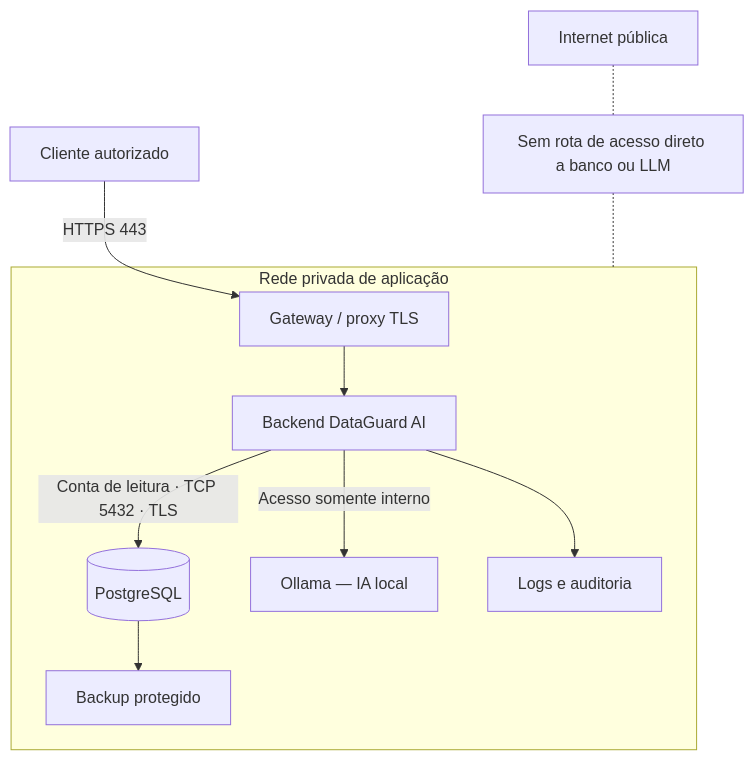
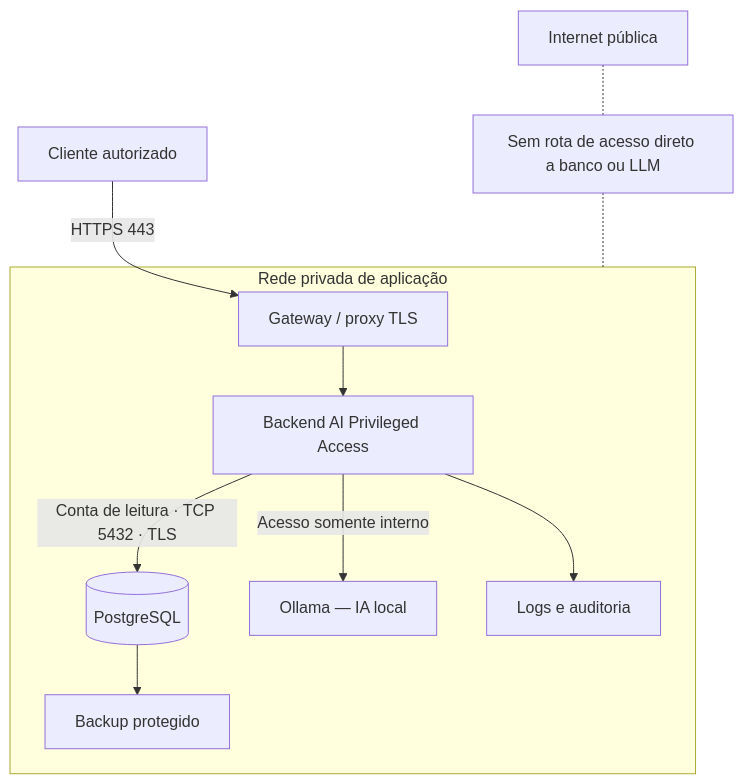
Before and after one commit to lianeheidemann/ai-privileged-access: the first of 3 diagrams in docs/software/07-arquitetura-de-rede-e-seguranca.md, drawn with Mermaid. The commit also changed other lines of this file and 25 other files, not shown here.

First line of the commit message:
Renomeia o projeto para AI Privileged Access

````diff
--- a/docs/software/07-arquitetura-de-rede-e-seguranca.md
+++ b/docs/software/07-arquitetura-de-rede-e-seguranca.md
@@ -28,13 +28,13 @@
 ```mermaid
 flowchart TB
     C["Cliente autorizado"] -->|"HTTPS 443"| G["Gateway / proxy TLS"]
     subgraph PRIVATE["Rede privada de aplicação"]
-        G --> A["Backend DataGuard AI"]
+        G --> A["Backend AI Privileged Access"]
         A -->|"Conta de leitura · TCP 5432 · TLS"| P[("PostgreSQL")]
         A -->|"Acesso somente interno"| L["Ollama — IA local"]
         A --> LOG["Logs e auditoria"]
         P --> B["Backup protegido"]
     end
     INTERNET["Internet pública"] -.- BLOCK["Sem rota de acesso direto a banco ou LLM"]
     BLOCK -.- PRIVATE
 ```
````
